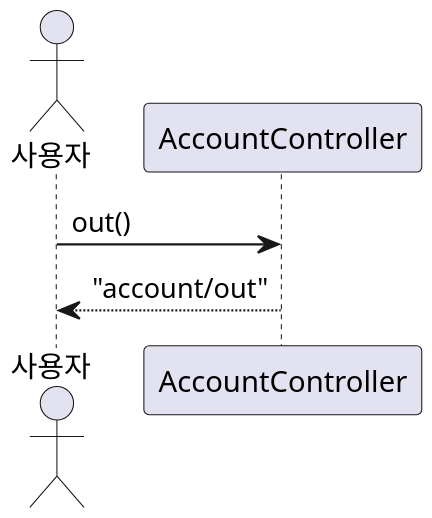
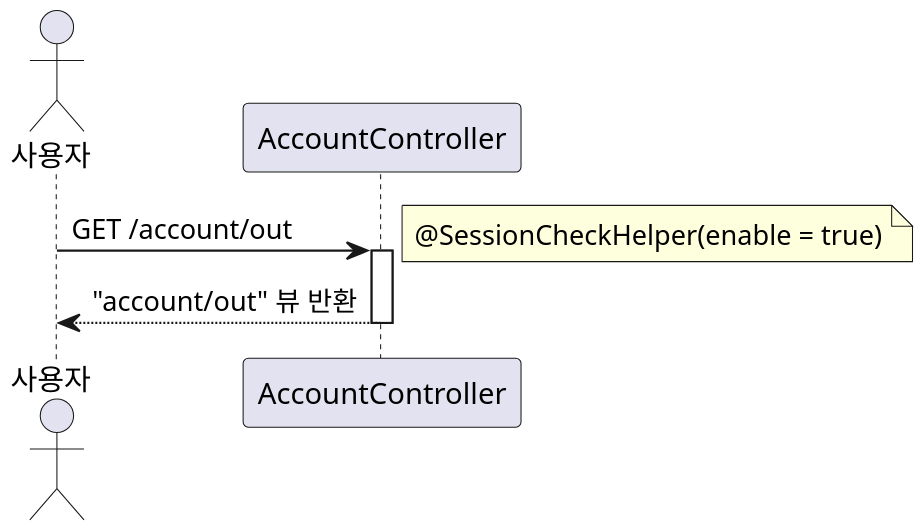
The diagram in uml/AccountController/out_Sequence.puml (leekh4232/study-myshop), drawn with PlantUML before and after one commit. The commit also changed 144 other files, not shown here.

```diff
--- a/uml/AccountController/out_Sequence.puml
+++ b/uml/AccountController/out_Sequence.puml
@@ -1,8 +1,13 @@
 @startuml
 skinparam dpi 200
-actor 사용자
+
+actor Actor as "사용자"
 participant AccountController
 
-사용자 -> AccountController : out()
-AccountController --> 사용자 : "account/out"
+Actor -> AccountController: GET /account/out
+activate AccountController
+note right: @SessionCheckHelper(enable = true)
+AccountController --> Actor: "account/out" 뷰 반환
+deactivate AccountController
+
 @enduml
```
